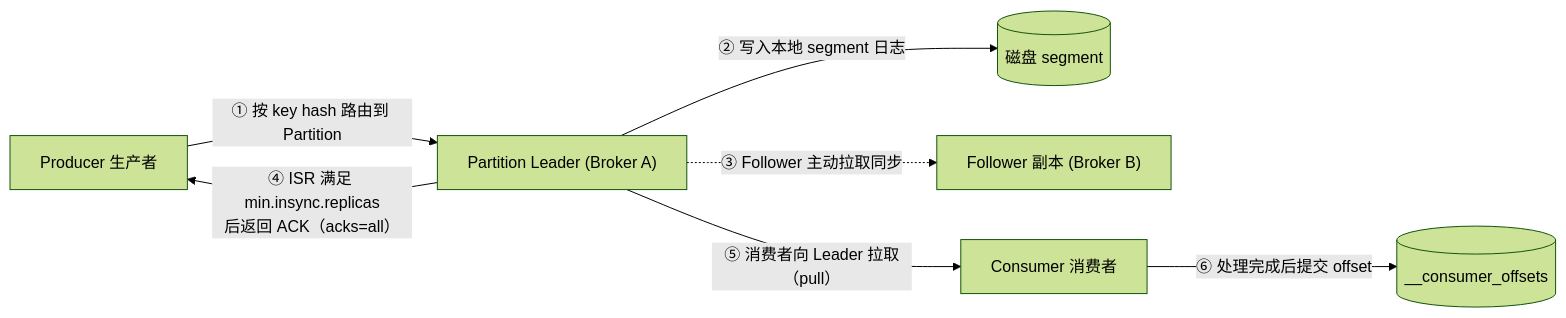
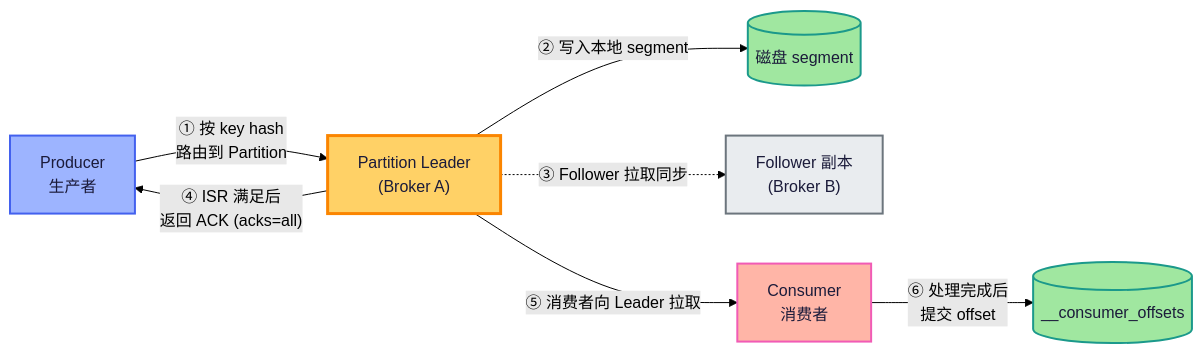
The second of 3 diagrams in docs/jvm/kafka/核心概念与架构.md (ituknown/website), drawn with Mermaid (forest theme) before and after one commit. The commit also changed other lines of this file and 2 other files, not shown here.

First line of the commit message:
FEAT: 启用 Mermaid 手绘风格主题与图表加粗

````diff
--- a/docs/jvm/kafka/核心概念与架构.md
+++ b/docs/jvm/kafka/核心概念与架构.md
@@ -95,10 +102,22 @@
 ```mermaid
 graph LR
-    P["Producer 生产者"] -->|"① 按 key hash 路由到 Partition"| L["Partition Leader (Broker A)"]
-    L -->|"② 写入本地 segment 日志"| SEG[("磁盘 segment")]
-    L -.->|"③ Follower 主动拉取同步"| F["Follower 副本 (Broker B)"]
-    L -->|"④ ISR 满足 min.insync.replicas<br/>后返回 ACK（acks=all）"| P
+    P["Producer<br/>生产者"]:::prod
+    L["Partition Leader<br/>(Broker A)"]:::leader
+    SEG[("磁盘 segment")]:::store
+    F["Follower 副本<br/>(Broker B)"]:::follower
+    C["Consumer<br/>消费者"]:::cons
+    OFF[("__consumer_offsets")]:::store
 
-    L -->|"⑤ 消费者向 Leader 拉取（pull）"| C["Consumer 消费者"]
-    C -->|"⑥ 处理完成后提交 offset"| OFF[("__consumer_offsets")]
+    P -->|"① 按 key hash<br/>路由到 Partition"| L
+    L -->|"② 写入本地 segment"| SEG
+    L -.->|"③ Follower 拉取同步"| F
+    L -->|"④ ISR 满足后<br/>返回 ACK (acks=all)"| P
+    L -->|"⑤ 消费者向 Leader 拉取"| C
+    C -->|"⑥ 处理完成后<br/>提交 offset"| OFF
+
+    classDef prod fill:#9DB4FF,stroke:#4361EE,color:#1B1B3A,stroke-width:2px;
+    classDef leader fill:#FFD166,stroke:#FB8500,color:#1B1B3A,stroke-width:3px;
+    classDef follower fill:#E9ECEF,stroke:#6C757D,color:#1B1B3A,stroke-width:2px;
+    classDef store fill:#A0E7A0,stroke:#1B998B,color:#1B1B3A,stroke-width:2px;
+    classDef cons fill:#FFB5A7,stroke:#F15BB5,color:#1B1B3A,stroke-width:2px;
 ```
````
